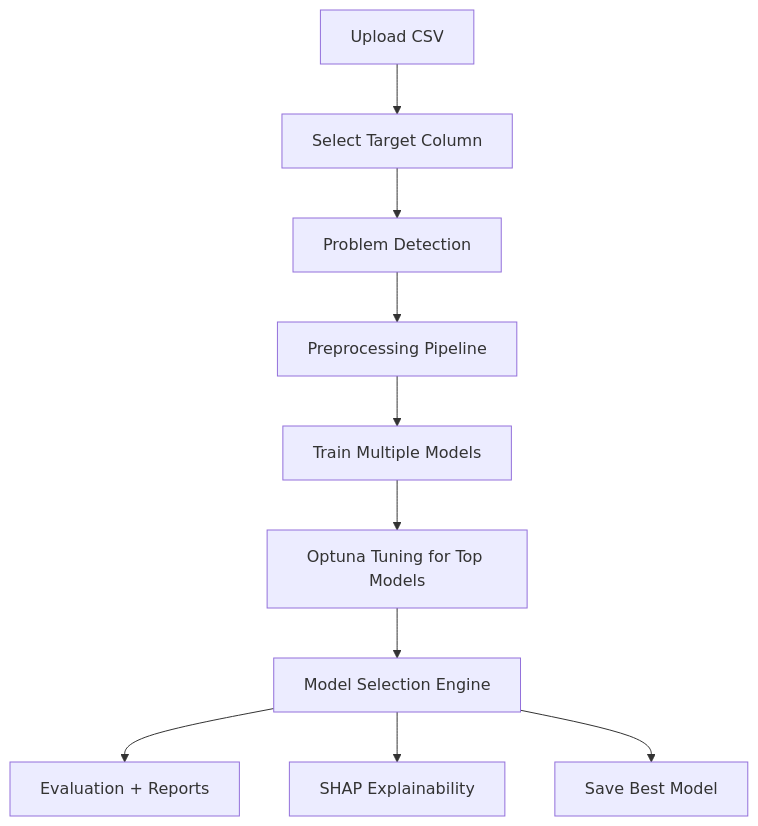
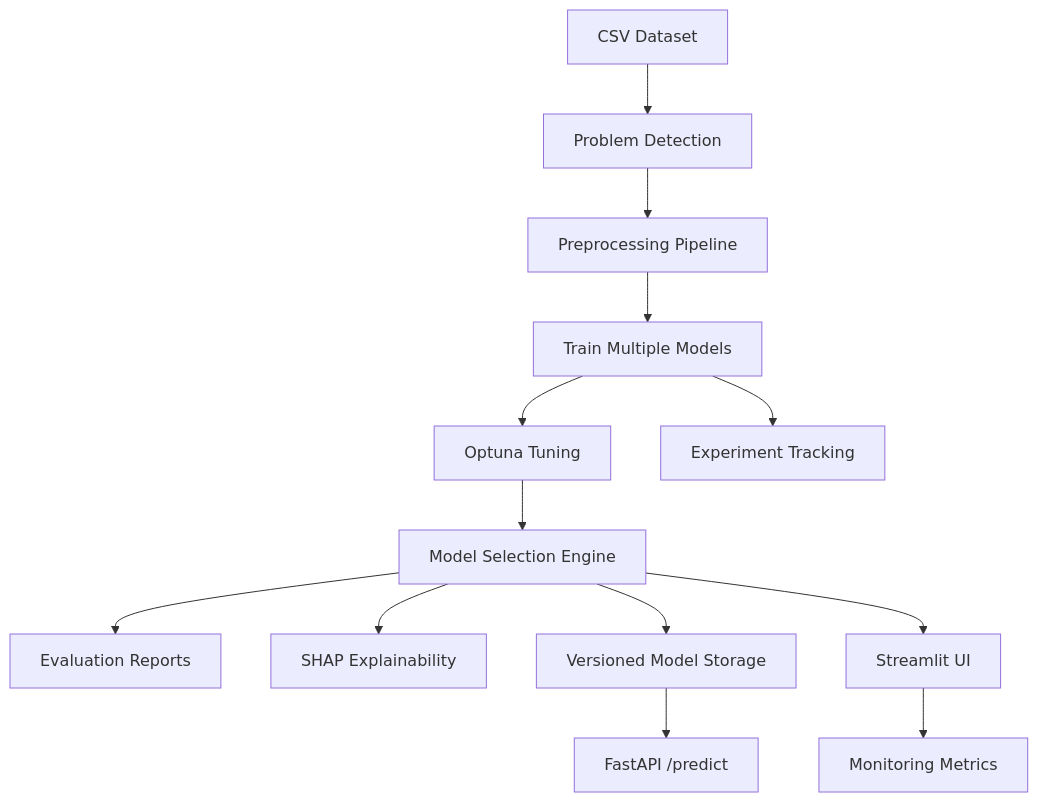
One commit to basudev-1316/Auto-ML-PlayGround changed the diagram in README.md. Above: the diagram before and after it, drawn with Mermaid. The commit also changed other lines of this file and 29 other files, not shown here.

````diff
--- a/README.md
+++ b/README.md
@@ -80,12 +47,15 @@
 ```mermaid
 flowchart TD
-    A["Upload CSV"] --> B["Select Target Column"]
-    B --> C["Problem Detection"]
-    C --> D["Preprocessing Pipeline"]
-    D --> E["Train Multiple Models"]
-    E --> F["Optuna Tuning for Top Models"]
-    F --> G["Model Selection Engine"]
-    G --> H["Evaluation + Reports"]
-    G --> I["SHAP Explainability"]
-    G --> J["Save Best Model"]
+    A["CSV Dataset"] --> B["Problem Detection"]
+    B --> C["Preprocessing Pipeline"]
+    C --> D["Train Multiple Models"]
+    D --> E["Optuna Tuning"]
+    E --> F["Model Selection Engine"]
+    F --> G["Evaluation Reports"]
+    F --> H["SHAP Explainability"]
+    F --> I["Versioned Model Storage"]
+    I --> J["FastAPI /predict"]
+    F --> K["Streamlit UI"]
+    D --> L["Experiment Tracking"]
+    K --> M["Monitoring Metrics"]
 ```
````
